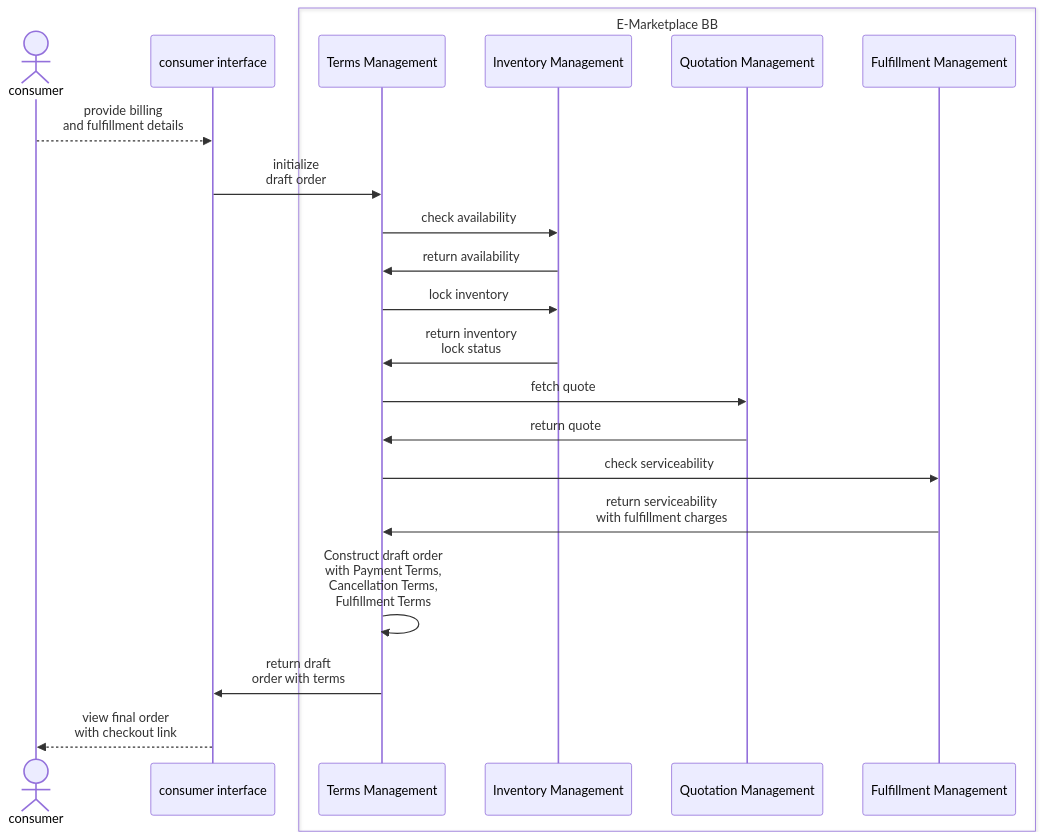
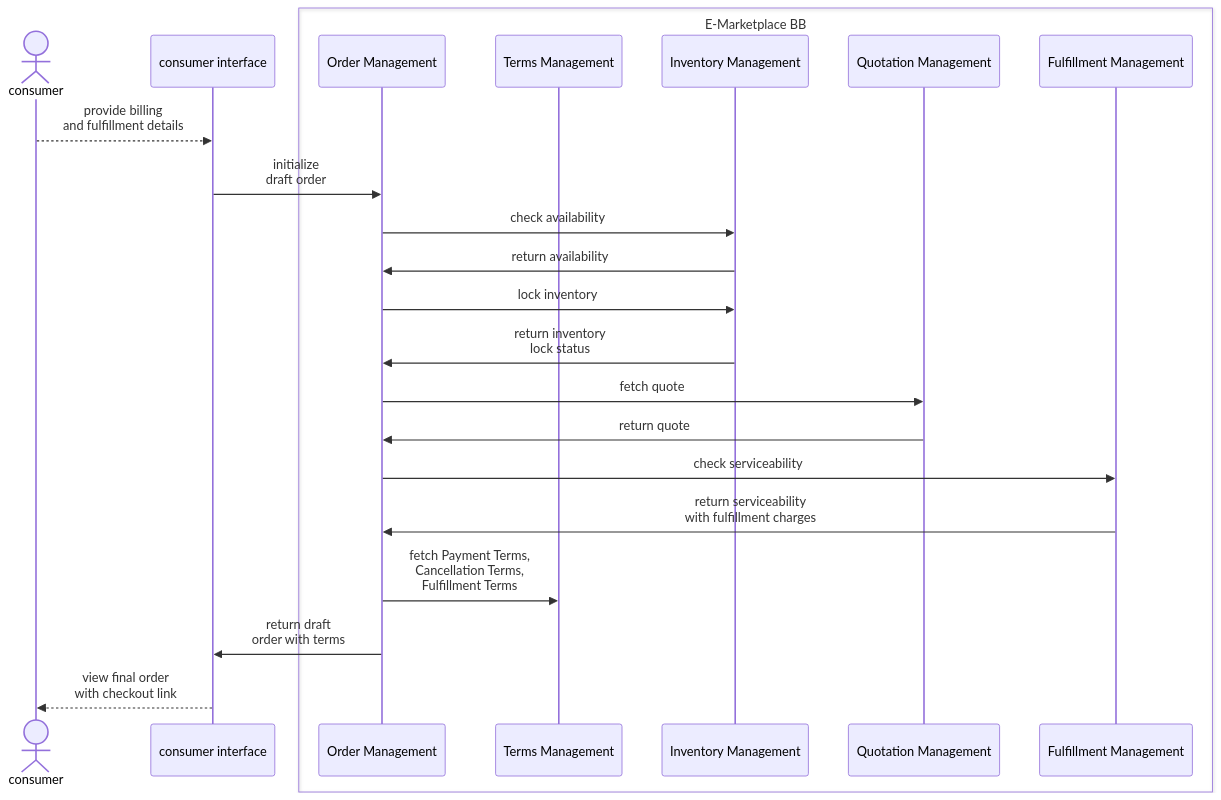
Before and after one commit to GovStackWorkingGroup/bb-emarketplace: the fifth of 17 diagrams in spec/9-workflows.md, drawn with Mermaid. The commit also changed 2 other files, not shown here.

Commit message:
GITBOOK-57: Service APIs section update

````diff
--- a/spec/9-workflows.md
+++ b/spec/9-workflows.md
@@ -131,27 +131,29 @@
 ```mermaid
 sequenceDiagram
     Actor consumer
     participant consumer interface
     box E-Marketplace BB
+    participant Order Management
     participant Terms Management
     participant Inventory Management
     participant Quotation Management
     participant Fulfillment Management
     end
     consumer-->>consumer interface: provide billing <br/> and fulfillment details
-    consumer interface->>Terms Management: initialize <br/> draft order
-    Terms Management->>Inventory Management: check availability
-    Inventory Management->>Terms Management: return availability
-    Terms Management->>Inventory Management: lock inventory
-    Inventory Management->>Terms Management: return inventory <br/> lock status
-    Terms Management->>Quotation Management: fetch quote
-    Quotation Management->>Terms Management: return quote
-    Terms Management->>Fulfillment Management: check serviceability
-    Fulfillment Management->>Terms Management: return serviceability <br/> with fulfillment charges
-    Terms Management->>Terms Management: Construct draft order <br/> with Payment Terms, <br/> Cancellation Terms, <br/> Fulfillment Terms
-    Terms Management->>consumer interface: return draft <br/> order with terms 
+    consumer interface->>Order Management: initialize <br/> draft order
+    Order Management->>Inventory Management: check availability
+    Inventory Management->>Order Management: return availability
+    Order Management->>Inventory Management: lock inventory
+    Inventory Management->>Order Management: return inventory <br/> lock status
+    Order Management->>Quotation Management: fetch quote
+    Quotation Management->>Order Management: return quote
+    Order Management->>Fulfillment Management: check serviceability
+    Fulfillment Management->>Order Management: return serviceability <br/> with fulfillment charges
+    Order Management->>Terms Management: fetch Payment Terms, <br/> Cancellation Terms, <br/> Fulfillment Terms
+    
+Order Management->>consumer interface: return draft <br/> order with terms 
     consumer interface-->>consumer:view final order <br/> with checkout link
 
             
 
 ```
````
